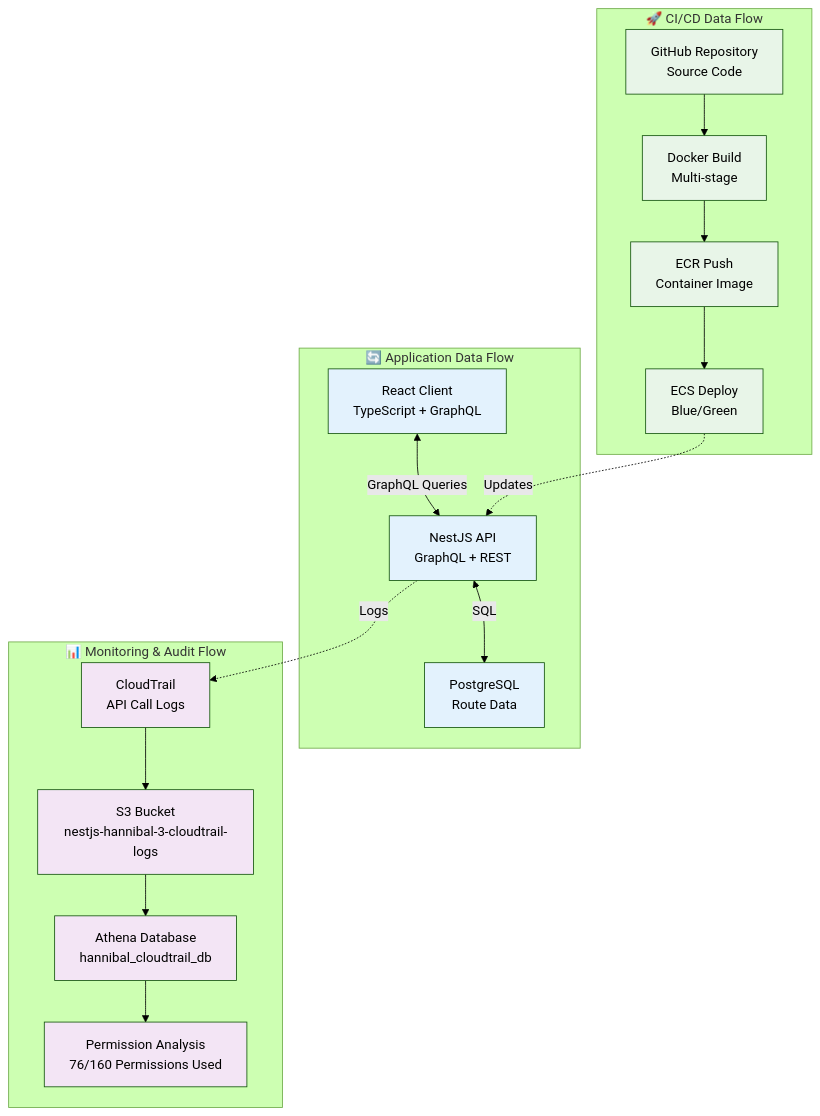
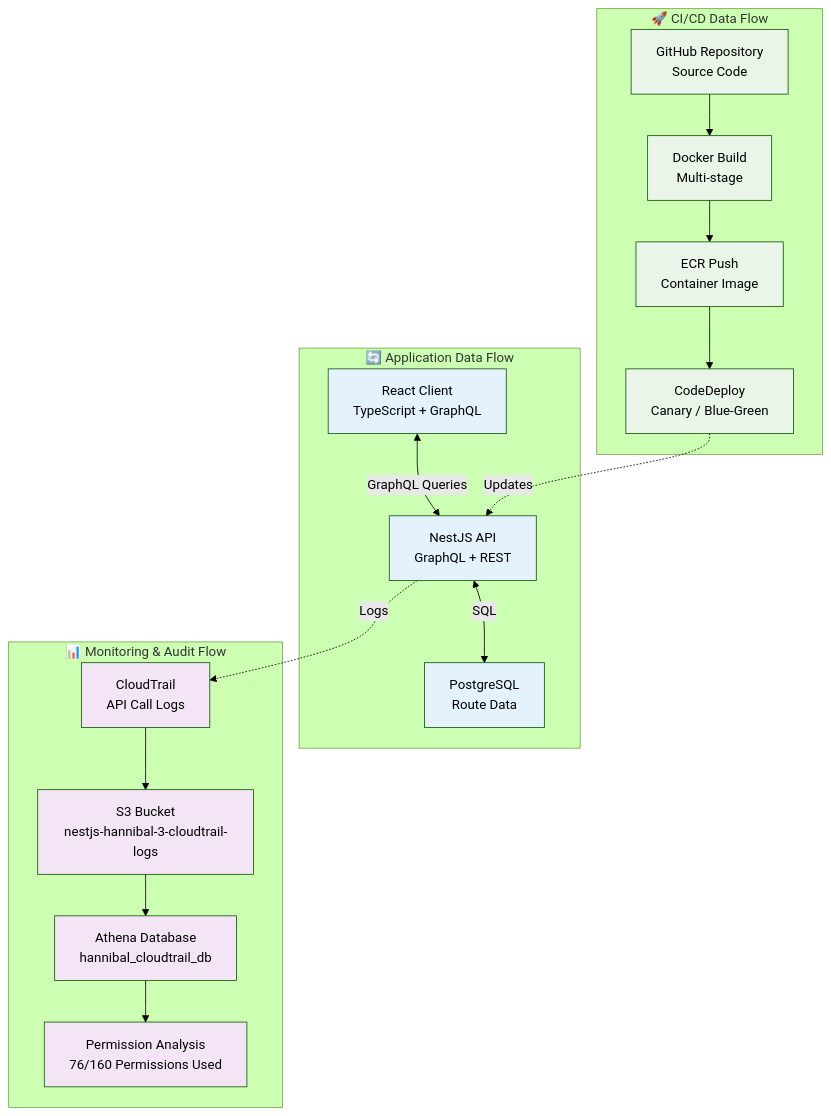
One commit to kmryst/terraform-hannibal changed the diagram in docs/operations/monitoring.md. Above: the diagram before and after it, drawn with Mermaid (forest theme). The commit also changed other lines of this file and 1 other file, not shown here.

````diff
--- a/docs/operations/monitoring.md
+++ b/docs/operations/monitoring.md
@@ -5,49 +5,49 @@
 ```mermaid
 graph TB
     %% Application Flow
     subgraph "🔄 Application Data Flow"
         Client[React Client<br/>TypeScript + GraphQL]
         API[NestJS API<br/>GraphQL + REST]
         DB[PostgreSQL<br/>Route Data]
         
         Client <--> |GraphQL Queries| API
         API <--> |SQL| DB
     end
     
     %% Monitoring Flow
     subgraph "📊 Monitoring & Audit Flow"
         CloudTrail[CloudTrail<br/>API Call Logs]
         S3_Logs[S3 Bucket<br/>nestjs-hannibal-3-cloudtrail-logs]
         Athena_DB[Athena Database<br/>hannibal_cloudtrail_db]
         Analysis[Permission Analysis<br/>76/160 Permissions Used]
         
         CloudTrail --> S3_Logs
         S3_Logs --> Athena_DB
         Athena_DB --> Analysis
     end
     
     %% CI/CD Data Flow
     subgraph "🚀 CI/CD Data Flow"
         GitHub_Code[GitHub Repository<br/>Source Code]
         Docker_Build[Docker Build<br/>Multi-stage]
         ECR_Push[ECR Push<br/>Container Image]
-        ECS_Deploy[ECS Deploy<br/>Blue/Green]
+        ECS_Deploy[CodeDeploy<br/>Canary / Blue-Green]
         
         GitHub_Code --> Docker_Build
         Docker_Build --> ECR_Push
         ECR_Push --> ECS_Deploy
     end
     
     %% Connections
     API -.-> |Logs| CloudTrail
     ECS_Deploy -.-> |Updates| API
     
     %% Styling
     classDef app fill:#e3f2fd
     classDef monitor fill:#f3e5f5
     classDef cicd fill:#e8f5e8
     
     class Client,API,DB app
     class CloudTrail,S3_Logs,Athena_DB,Analysis monitor
     class GitHub_Code,Docker_Build,ECR_Push,ECS_Deploy cicd
 ```
````
